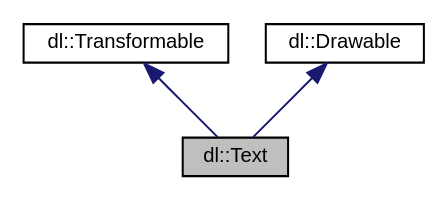
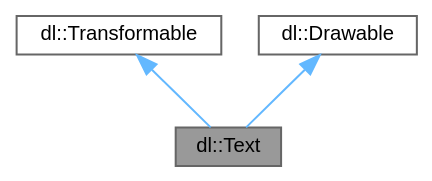
One commit to Dogbonee/Dualie changed the diagram in docs/classdl_1_1Text__inherit__graph.dot. Above: the diagram before and after it, drawn with Graphviz. The commit also changed 198 other files, not shown here.

```diff
--- a/docs/classdl_1_1Text__inherit__graph.dot
+++ b/docs/classdl_1_1Text__inherit__graph.dot
@@ -1,11 +1,12 @@
 digraph "dl::Text"
 {
  // LATEX_PDF_SIZE
-  edge [fontname="Helvetica",fontsize="10",labelfontname="Helvetica",labelfontsize="10"];
-  node [fontname="Helvetica",fontsize="10",shape=record];
-  Node1 [label="dl::Text",height=0.2,width=0.4,color="black", fillcolor="grey75", style="filled", fontcolor="black",tooltip="A class used to handle the transformation and drawing of visible text."];
-  Node2 -> Node1 [dir="back",color="midnightblue",fontsize="10",style="solid",fontname="Helvetica"];
-  Node2 [label="dl::Transformable",height=0.2,width=0.4,color="black", fillcolor="white", style="filled",URL="$classdl_1_1Transformable.html",tooltip="A base class for anything that has a position on the screen."];
-  Node3 -> Node1 [dir="back",color="midnightblue",fontsize="10",style="solid",fontname="Helvetica"];
-  Node3 [label="dl::Drawable",height=0.2,width=0.4,color="black", fillcolor="white", style="filled",URL="$classdl_1_1Drawable.html",tooltip="The base class for any object that can be drawn to the screen."];
+  bgcolor="transparent";
+  edge [fontname=Helvetica,fontsize=10,labelfontname=Helvetica,labelfontsize=10];
+  node [fontname=Helvetica,fontsize=10,shape=box,height=0.2,width=0.4];
+  Node1 [id="Node000001",label="dl::Text",height=0.2,width=0.4,color="gray40", fillcolor="grey60", style="filled", fontcolor="black",tooltip="A class used to handle the transformation and drawing of visible text."];
+  Node2 -> Node1 [id="edge1_Node000001_Node000002",dir="back",color="steelblue1",style="solid",tooltip=" "];
+  Node2 [id="Node000002",label="dl::Transformable",height=0.2,width=0.4,color="gray40", fillcolor="white", style="filled",URL="$classdl_1_1Transformable.html",tooltip="A base class for anything that has a position on the screen."];
+  Node3 -> Node1 [id="edge2_Node000001_Node000003",dir="back",color="steelblue1",style="solid",tooltip=" "];
+  Node3 [id="Node000003",label="dl::Drawable",height=0.2,width=0.4,color="gray40", fillcolor="white", style="filled",URL="$classdl_1_1Drawable.html",tooltip="The base class for any object that can be drawn to the screen."];
 }
```
